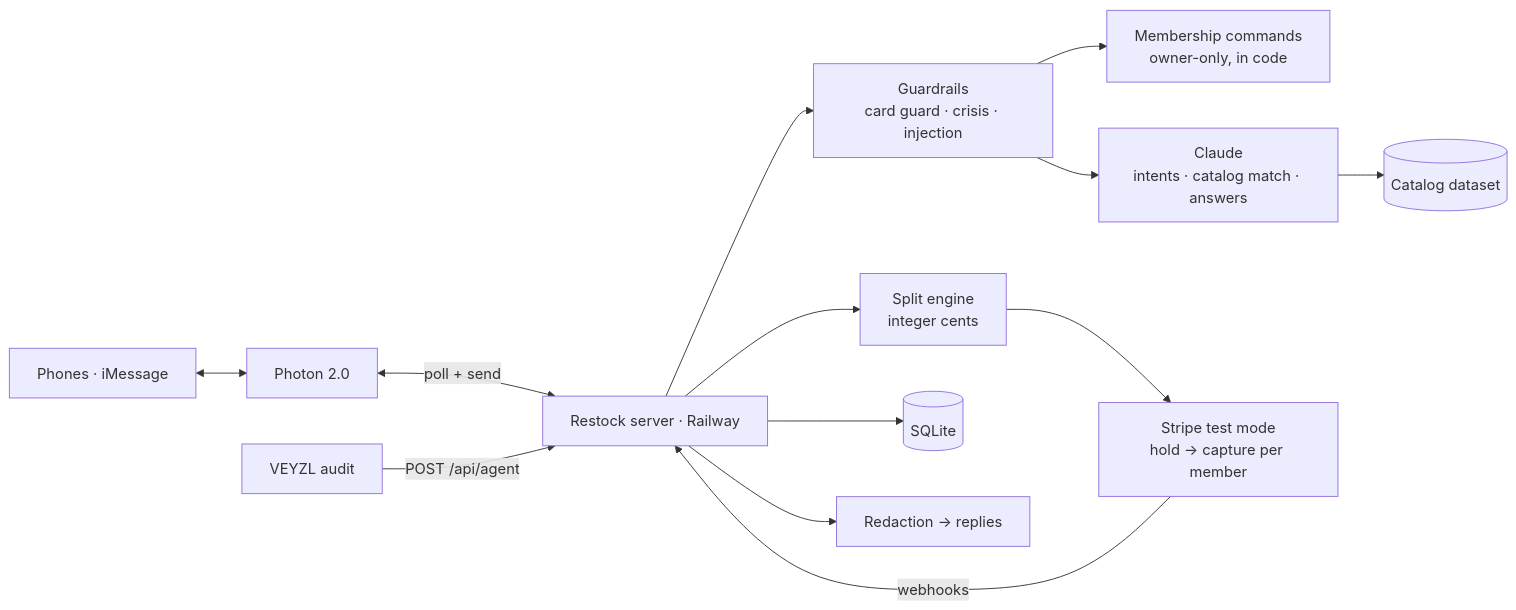
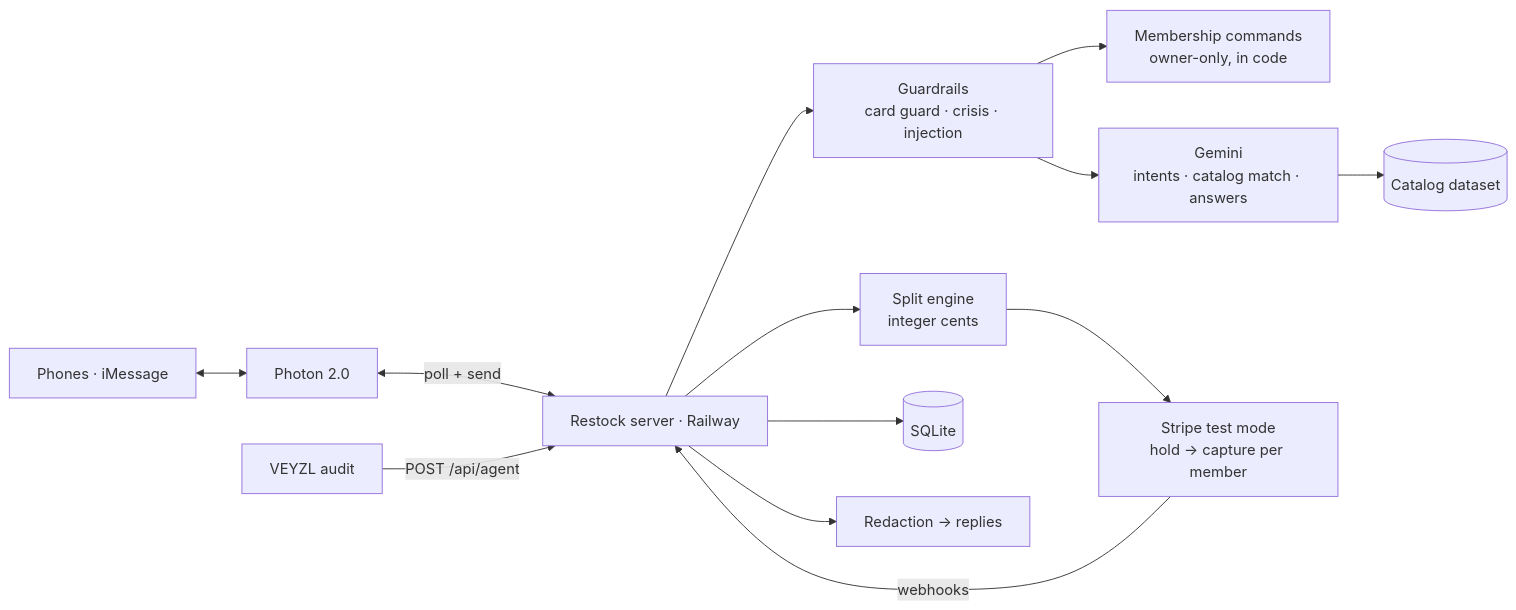
The diagram in README.md (aknotwell/ReStock), drawn with Mermaid before and after one commit. The commit also changed other lines of this file and 22 other files, not shown here.

First line of the commit message:
Switch the AI layer from Claude to Gemini

````diff
--- a/README.md
+++ b/README.md
@@ -147,15 +147,15 @@
 ```mermaid
 flowchart LR
   P[Phones · iMessage] <--> PH[Photon 2.0]
   PH <-->|poll + send| S[Restock server · Railway]
   S --> G[Guardrails<br/>card guard · crisis · injection]
   G --> M[Membership commands<br/>owner-only, in code]
-  G --> AI[Claude<br/>intents · catalog match · answers]
+  G --> AI[Gemini<br/>intents · catalog match · answers]
   AI --> C[(Catalog dataset)]
   S --> SP[Split engine<br/>integer cents]
   SP --> ST[Stripe test mode<br/>hold → capture per member]
   ST -->|webhooks| S
   S --> DB[(SQLite)]
   S --> R[Redaction → replies]
   V[VEYZL audit] -->|POST /api/agent| S
 ```
````
